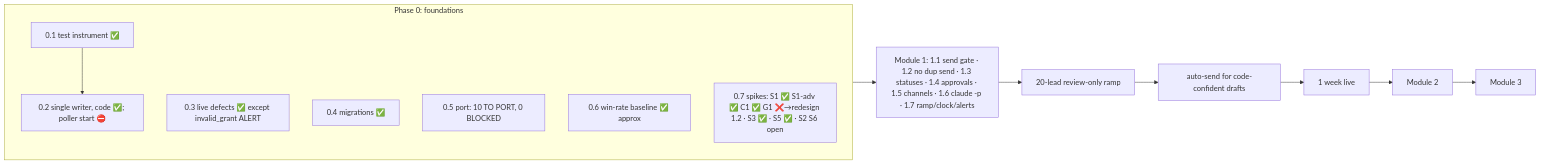
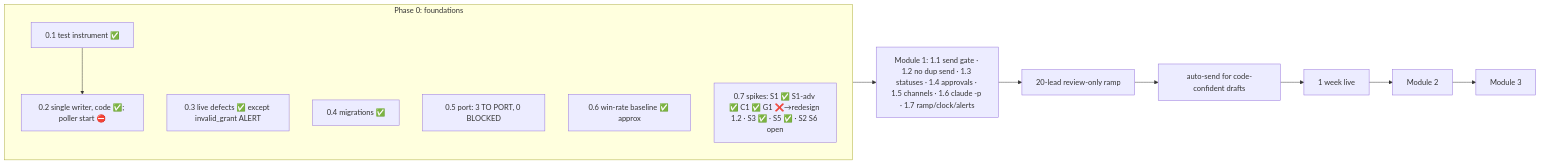
One commit to SDGuitarist/gig-lead-responder changed the diagram in docs/END-TO-END-STATUS.md. Above: the diagram before and after it, drawn with Mermaid. The commit also changed other lines of this file and 3 other files, not shown here.

````diff
--- a/docs/END-TO-END-STATUS.md
+++ b/docs/END-TO-END-STATUS.md
@@ -23,13 +23,13 @@
 ```mermaid
 flowchart LR
   subgraph P0[Phase 0: foundations]
     A01[0.1 test instrument ✅] --> A02[0.2 single writer, code ✅; poller start ⛔]
     A03[0.3 live defects ✅ except invalid_grant ALERT]
     A04[0.4 migrations ✅]
-    A05[0.5 port: 10 TO PORT, 0 BLOCKED]
+    A05[0.5 port: 3 TO PORT, 0 BLOCKED]
     A06[0.6 win-rate baseline ✅ approx]
     A07[0.7 spikes: S1 ✅ S1-adv ✅ C1 ✅ G1 ❌→redesign 1.2 · S3 ✅ · S5 ✅ · S2 S6 open]
   end
   P0 --> M1[Module 1: 1.1 send gate · 1.2 no dup send · 1.3 statuses · 1.4 approvals · 1.5 channels · 1.6 claude -p · 1.7 ramp/clock/alerts]
   M1 --> R[20-lead review-only ramp] --> AS[auto-send for code-confident drafts] --> W[1 week live] --> M2[Module 2] --> M3[Module 3]
 ```
````
